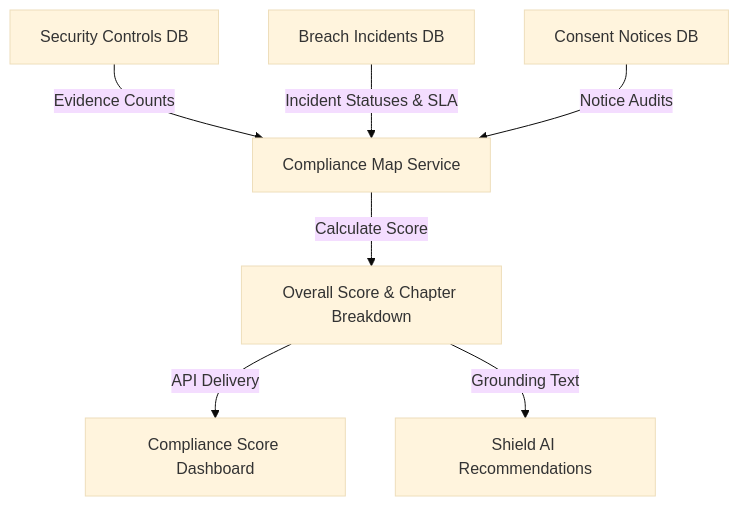
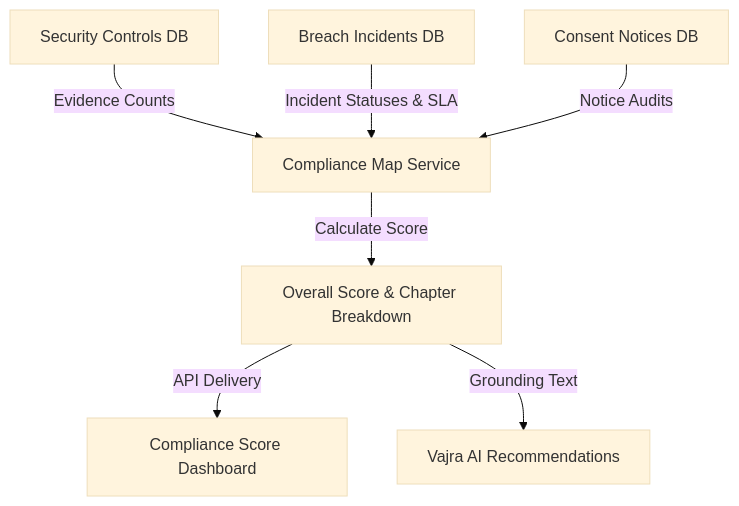
The first of 3 diagrams in backend/platform_docs/Overview/compliance_score.md (shreyv7/hack), drawn with Mermaid (base theme) before and after one commit. The commit also changed other lines of this file and 345 other files, not shown here.

````diff
--- a/backend/platform_docs/Overview/compliance_score.md
+++ b/backend/platform_docs/Overview/compliance_score.md
@@ -23,9 +23,9 @@
 ```mermaid
 graph TD
     SC[Security Controls DB] -->|Evidence Counts| CMS[Compliance Map Service]
     BI[Breach Incidents DB] -->|Incident Statuses & SLA| CMS
     CN[Consent Notices DB] -->|Notice Audits| CMS
     CMS -->|Calculate Score| Score[Overall Score & Chapter Breakdown]
     Score -->|API Delivery| FE[Compliance Score Dashboard]
-    Score -->|Grounding Text| AI[Shield AI Recommendations]
+    Score -->|Grounding Text| AI[Vajra AI Recommendations]
 ```
````
